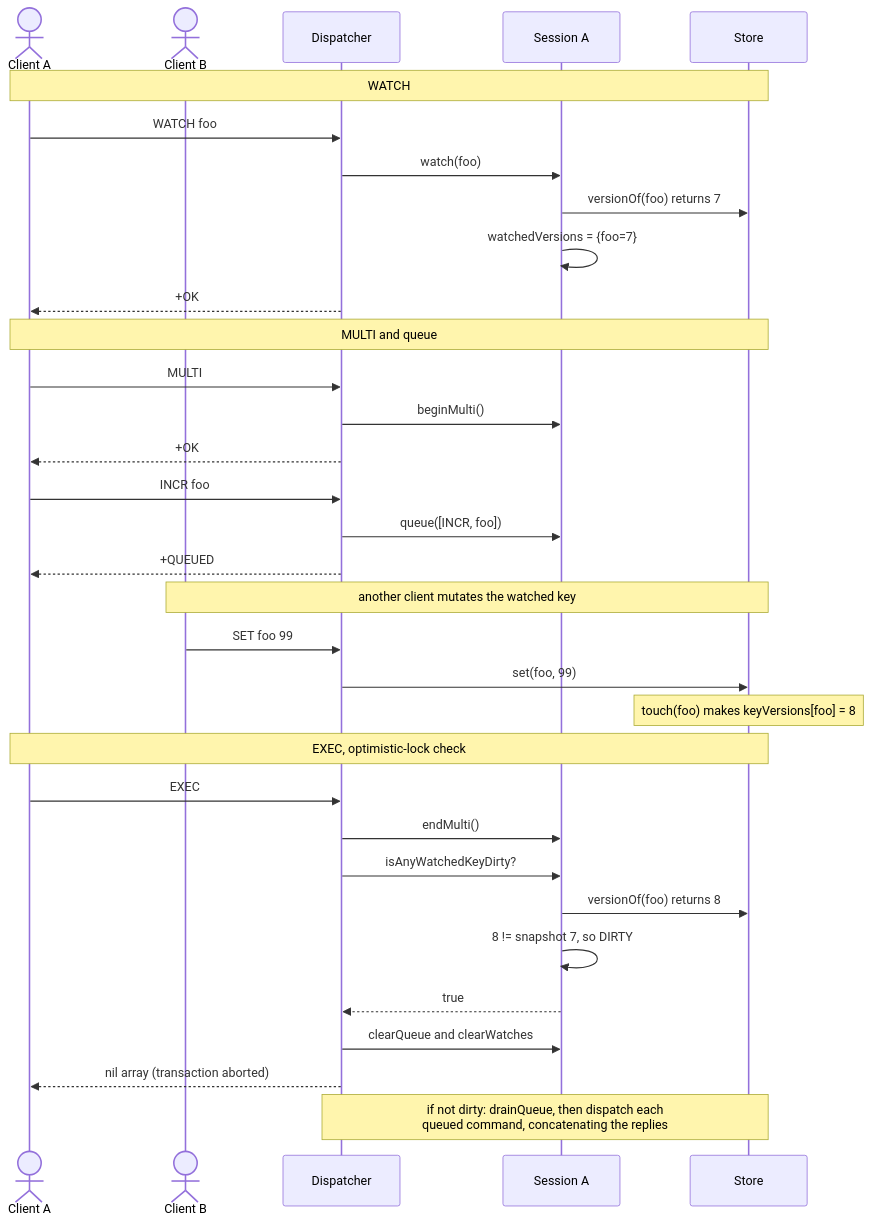
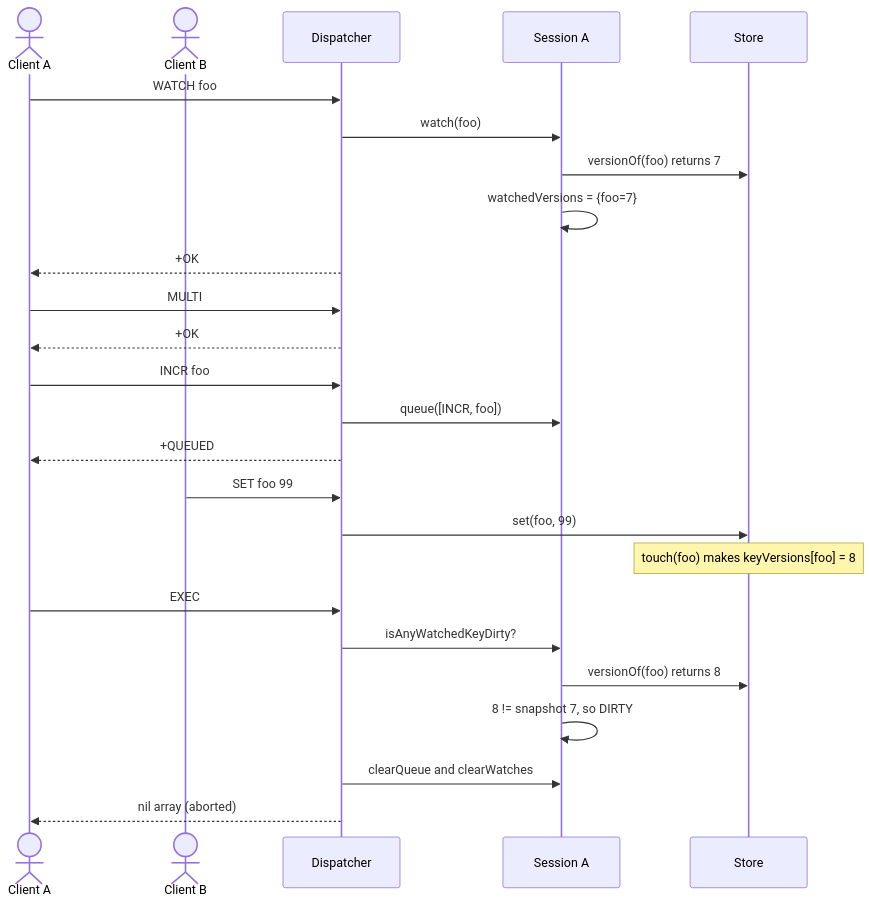
Before and after one commit to preetsagar/redis-java: the second of 3 diagrams in docs/architecture.md, drawn with Mermaid. The commit also changed other lines of this file and 3 other files, not shown here.

````diff
--- a/docs/architecture.md
+++ b/docs/architecture.md
@@ -75,40 +99,31 @@
 ```mermaid
 sequenceDiagram
     actor A as Client A
     actor B as Client B
     participant CD as Dispatcher
     participant SA as Session A
     participant St as Store
 
-    Note over A,St: WATCH
     A->>CD: WATCH foo
     CD->>SA: watch(foo)
     SA->>St: versionOf(foo) returns 7
     SA->>SA: watchedVersions = {foo=7}
     CD-->>A: +OK
 
-    Note over A,St: MULTI and queue
     A->>CD: MULTI
-    CD->>SA: beginMulti()
     CD-->>A: +OK
     A->>CD: INCR foo
     CD->>SA: queue([INCR, foo])
     CD-->>A: +QUEUED
 
-    Note over B,St: another client mutates the watched key
     B->>CD: SET foo 99
     CD->>St: set(foo, 99)
     Note over St: touch(foo) makes keyVersions[foo] = 8
 
-    Note over A,St: EXEC, optimistic-lock check
     A->>CD: EXEC
-    CD->>SA: endMulti()
     CD->>SA: isAnyWatchedKeyDirty?
     SA->>St: versionOf(foo) returns 8
     SA->>SA: 8 != snapshot 7, so DIRTY
-    SA-->>CD: true
     CD->>SA: clearQueue and clearWatches
-    CD-->>A: nil array (transaction aborted)
-
-    Note over CD,St: if not dirty: drainQueue, then dispatch each<br/>queued command, concatenating the replies
+    CD-->>A: nil array (aborted)
 ```
````
